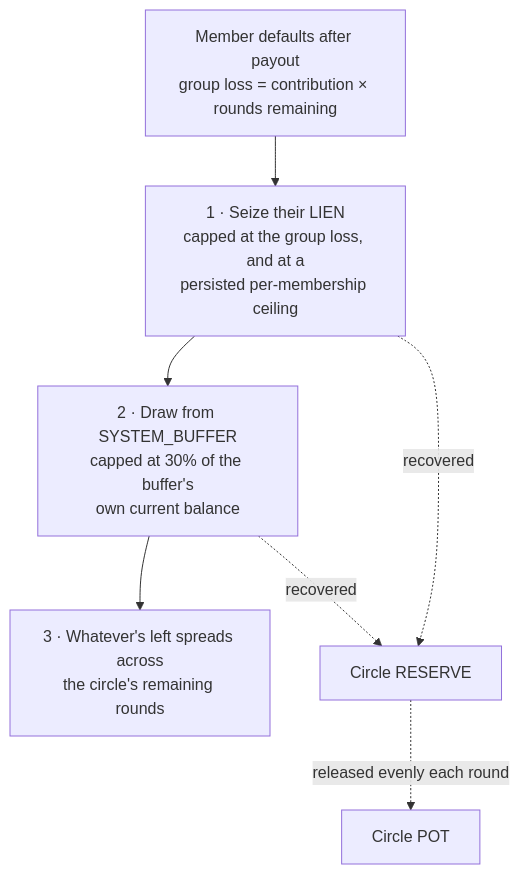
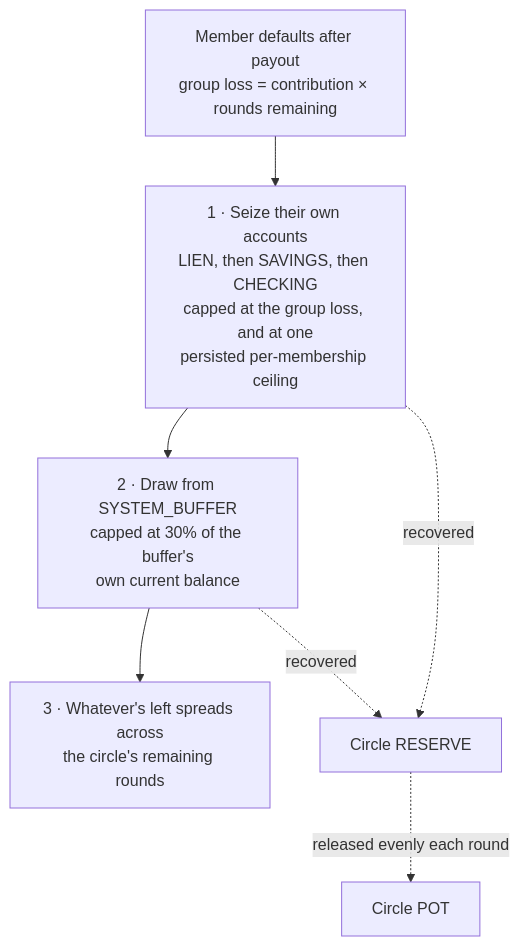
Before and after one commit to Kelex15/AjoLedger: the first of 2 diagrams in README.md, drawn with Mermaid. The commit also changed other lines of this file, not shown here.

````diff
--- a/README.md
+++ b/README.md
@@ -85,10 +85,10 @@
 ```mermaid
 flowchart TD
     D["Member defaults after payout<br/>group loss = contribution × rounds remaining"] --> S1
-    S1["1 · Seize their LIEN<br/>capped at the group loss, and at a<br/>persisted per-membership ceiling"] --> S2
+    S1["1 · Seize their own accounts<br/>LIEN, then SAVINGS, then CHECKING<br/>capped at the group loss, and at one<br/>persisted per-membership ceiling"] --> S2
     S2["2 · Draw from SYSTEM_BUFFER<br/>capped at 30% of the buffer's<br/>own current balance"] --> S3
     S3["3 · Whatever's left spreads across<br/>the circle's remaining rounds"]
     S1 -.recovered.-> R["Circle RESERVE"]
     S2 -.recovered.-> R
     R -.released evenly each round.-> P["Circle POT"]
 ```
````
